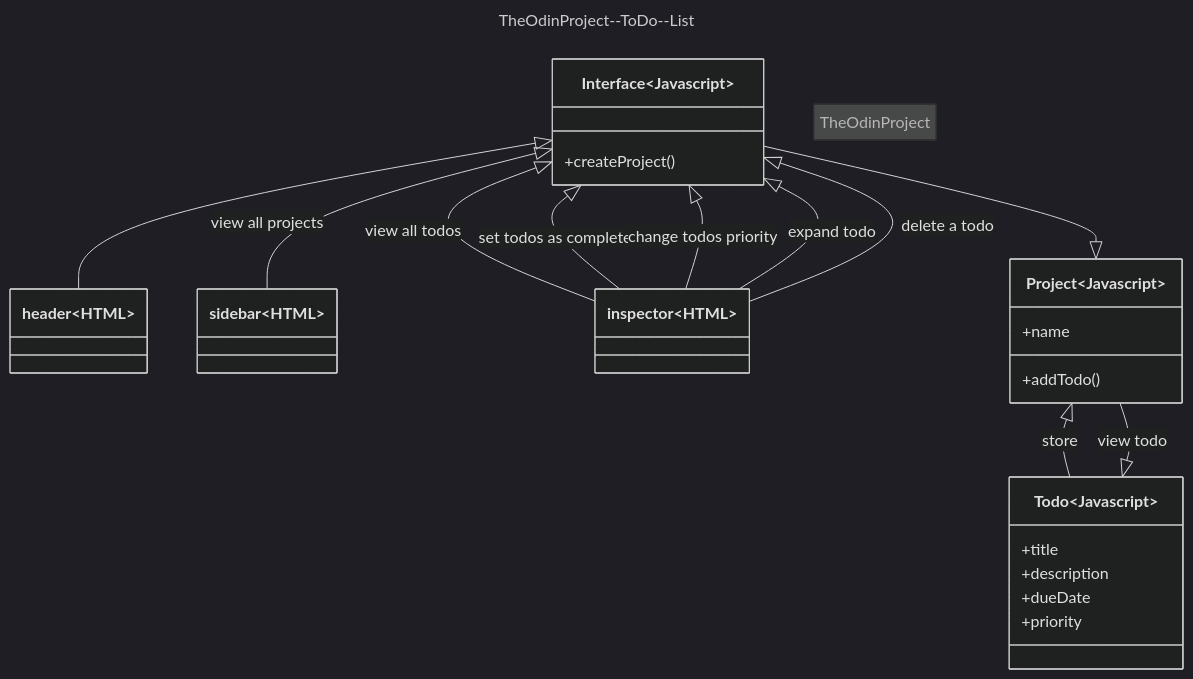
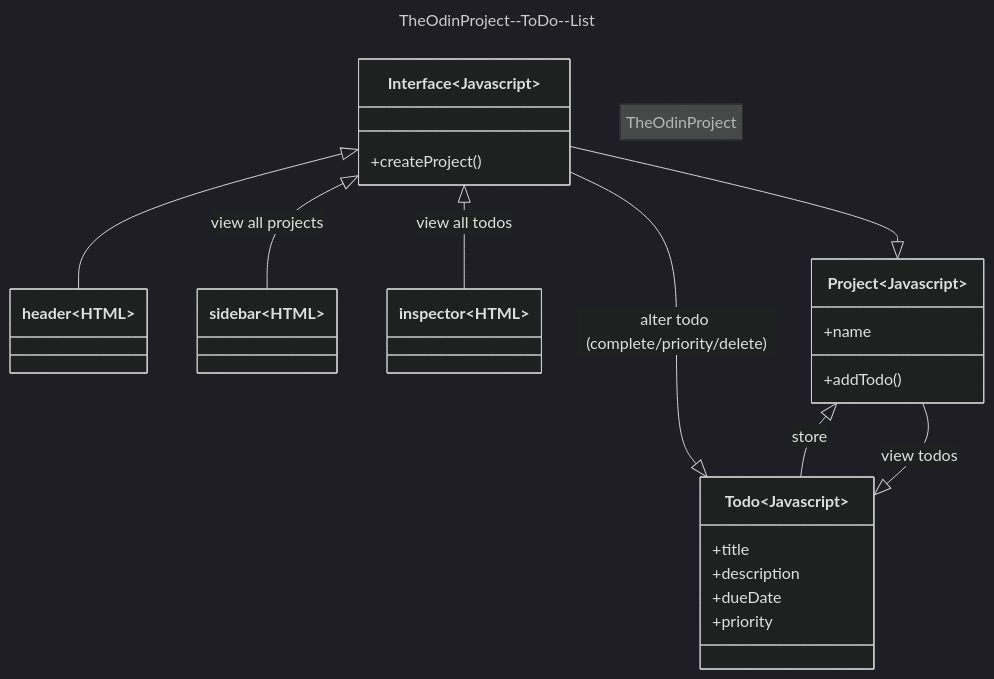
One commit to michael-chung-mc/html__css__javascript__jest changed the diagram in README.md. Above: the diagram before and after it, drawn with Mermaid (dark theme).

````diff
--- a/README.md
+++ b/README.md
@@ -25,40 +25,37 @@
 ```mermaid
 ---
 title: TheOdinProject--ToDo--List
 ---
 classDiagram
     note "TheOdinProject"
     class header~HTML~{
 
     }
     class sidebar~HTML~{
 
     }
     class inspector~HTML~{
 
     }
     class Interface~Javascript~{
         +createProject()
     }
     class Project~Javascript~{
         +name
         +addTodo()
     }
     class Todo~Javascript~{
         +title
         +description
         +dueDate
         +priority
     }
     Interface <|-- header
     Interface <|-- sidebar : view all projects
     Interface <|-- inspector : view all todos
-    Interface <|-- inspector : set todos as complete
-    Interface <|-- inspector : change todos priority
-    Interface <|-- inspector : expand todo
-    Interface <|-- inspector : delete a todo
     Interface --|> Project
+    Interface --|> Todo : alter todo (complete/priority/delete)
     Project <|-- Todo : store
-    Project --|> Todo : view todo
+    Project --|> Todo : view todos
 
 ```
````
